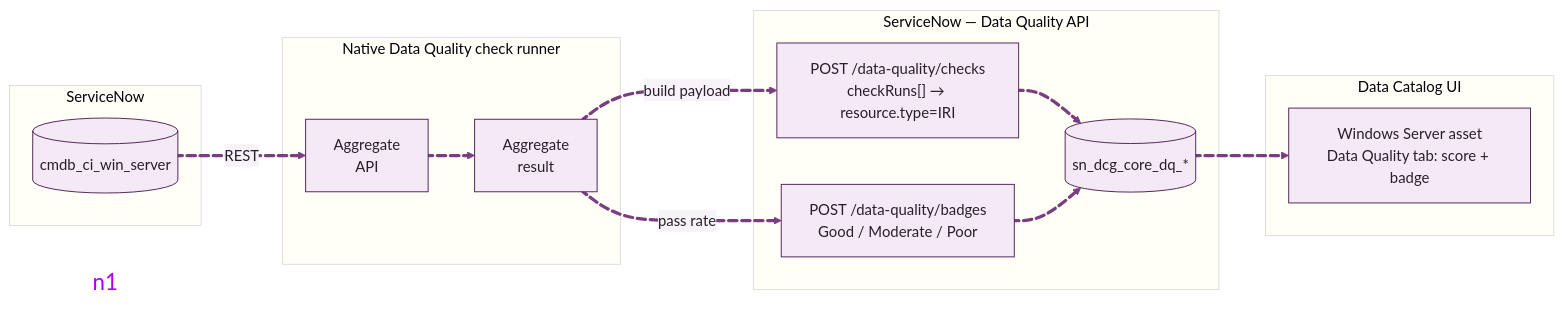
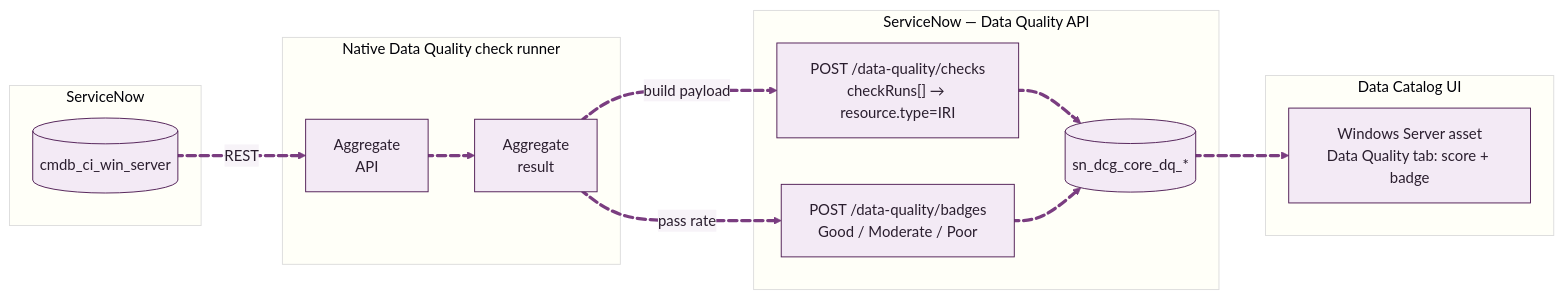
The diagram in LOCAL-CATALOG.md (leojacinto/data-catalog), drawn with Mermaid before and after one commit.

Commit message:
Remove unused style for 'n1' in LOCAL-CATALOG.md
Removed unused style definition for 'n1'.

````diff
--- a/LOCAL-CATALOG.md
+++ b/LOCAL-CATALOG.md
@@ -131,53 +131,51 @@
 ```mermaid
 ---
 config:
   theme: base
   themeVariables:
     primaryColor: '#f3eaf5'
     primaryTextColor: '#2a1e2e'
     primaryBorderColor: '#4d1a52'
     lineColor: '#7a3d80'
     secondaryColor: '#e2d0e5'
     tertiaryColor: '#FFFFF8'
     clusterBkg: '#FFFFF8'
     clusterBorder: '#dcdcdc'
     edgeLabelBackground: '#f7f3f8'
     fontFamily: '''Open Sans Variable'', sans-serif'
   fontFamily: '''Open Sans Variable'', sans-serif'
   layout: fixed
 ---
 flowchart LR
  subgraph SN1["ServiceNow"]
         A[("cmdb_ci_win_server")]
   end
  subgraph EXT["Native Data Quality check runner"]
         B["Aggregate<br>API"]
         F["Aggregate<br>result"]
   end
  subgraph SN2["ServiceNow — Data Quality API"]
         G["POST /data-quality/checks<br>checkRuns[] → resource.type=IRI"]
         H["POST /data-quality/badges<br>Good / Moderate / Poor"]
         I[("sn_dcg_core_dq_*")]
   end
  subgraph SN3["Data Catalog UI"]
         J["Windows Server asset<br>Data Quality tab: score + badge"]
   end
     A L_A_B_0@== REST ==> B
     B L_B_F_0@==> F
     F L_F_G_0@== build payload ==> G
     G L_G_I_0@==> I
     F L_F_H_0@== pass rate ==> H
     H L_H_I_0@==> I
     I L_I_J_0@==> J
 
-    n1@{ shape: text}
-    style n1 font-size:24px,fill:transparent,color:#AA00FF
 
     L_A_B_0@{ animation: fast } 
     L_B_F_0@{ animation: fast } 
     L_F_G_0@{ animation: fast } 
     L_G_I_0@{ animation: fast } 
     L_F_H_0@{ animation: fast } 
     L_H_I_0@{ animation: fast } 
     L_I_J_0@{ animation: fast }
 ```
````
